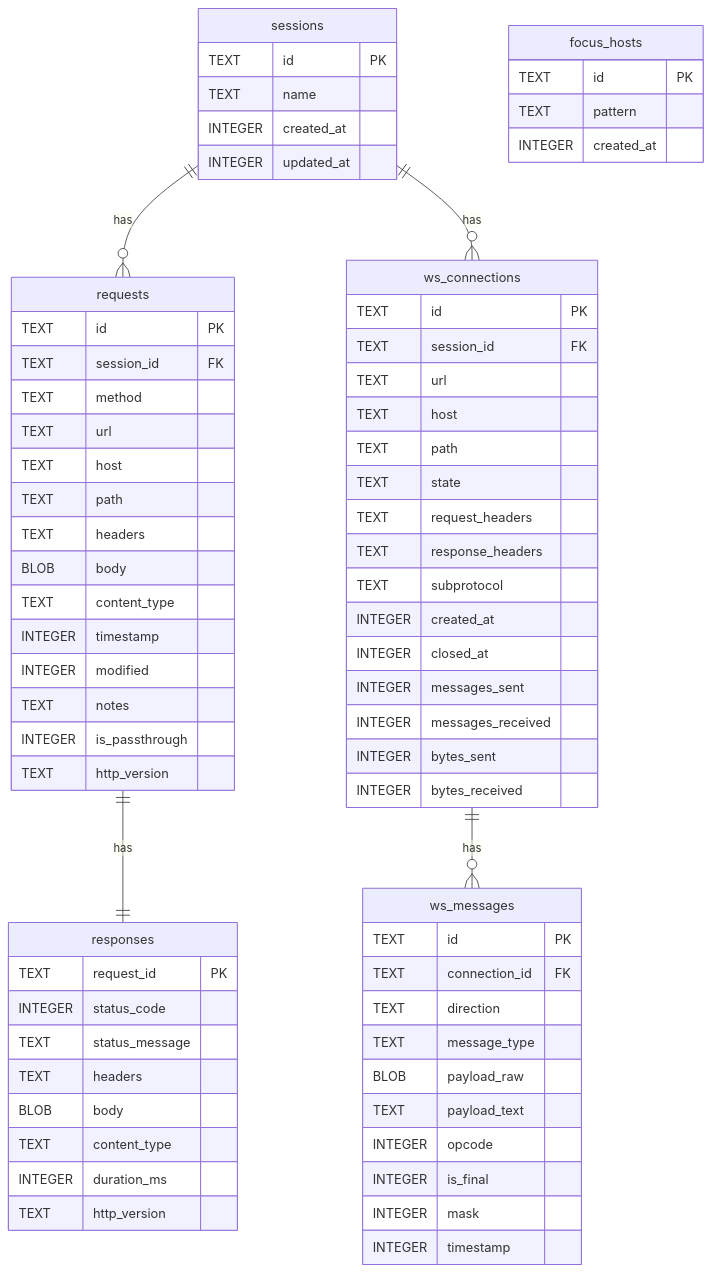
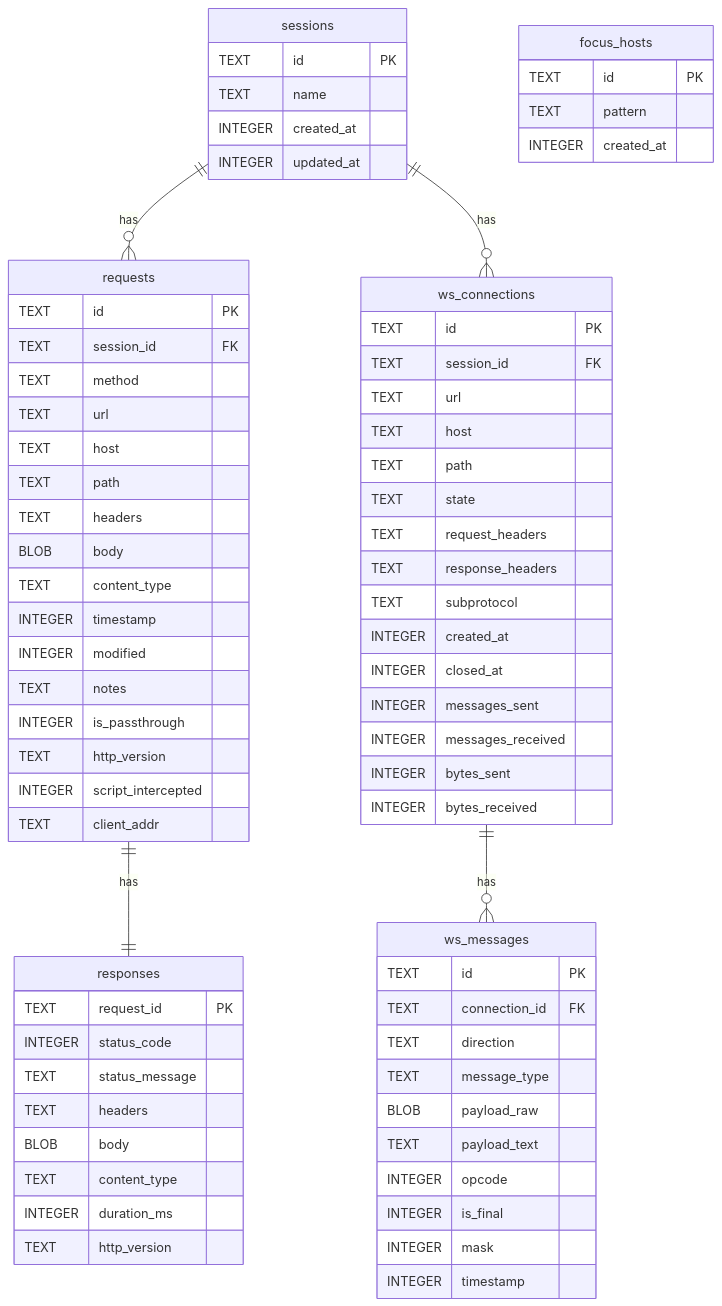
The second of 3 diagrams in docs/PERSISTENCE.md (ShristiLabs/madhyamas), drawn with Mermaid before and after one commit. The commit also changed other lines of this file and 16 other files, not shown here.

First line of the commit message:
feat(core): resolve CONNECT principal and persist client_addr

````diff
--- a/docs/PERSISTENCE.md
+++ b/docs/PERSISTENCE.md
@@ -35,74 +35,76 @@
 ```mermaid
 erDiagram
     sessions ||--o{ requests : has
     sessions ||--o{ ws_connections : has
     requests ||--|| responses : has
     ws_connections ||--o{ ws_messages : has
 
     sessions {
         TEXT id PK
         TEXT name
         INTEGER created_at
         INTEGER updated_at
     }
     requests {
         TEXT id PK
         TEXT session_id FK
         TEXT method
         TEXT url
         TEXT host
         TEXT path
         TEXT headers
         BLOB body
         TEXT content_type
         INTEGER timestamp
         INTEGER modified
         TEXT notes
         INTEGER is_passthrough
         TEXT http_version
+        INTEGER script_intercepted
+        TEXT client_addr
     }
     responses {
         TEXT request_id PK
         INTEGER status_code
         TEXT status_message
         TEXT headers
         BLOB body
         TEXT content_type
         INTEGER duration_ms
         TEXT http_version
     }
     ws_connections {
         TEXT id PK
         TEXT session_id FK
         TEXT url
         TEXT host
         TEXT path
         TEXT state
         TEXT request_headers
         TEXT response_headers
         TEXT subprotocol
         INTEGER created_at
         INTEGER closed_at
         INTEGER messages_sent
         INTEGER messages_received
         INTEGER bytes_sent
         INTEGER bytes_received
     }
     ws_messages {
         TEXT id PK
         TEXT connection_id FK
         TEXT direction
         TEXT message_type
         BLOB payload_raw
         TEXT payload_text
         INTEGER opcode
         INTEGER is_final
         INTEGER mask
         INTEGER timestamp
     }
     focus_hosts {
         TEXT id PK
         TEXT pattern
         INTEGER created_at
     }
 ```
````
